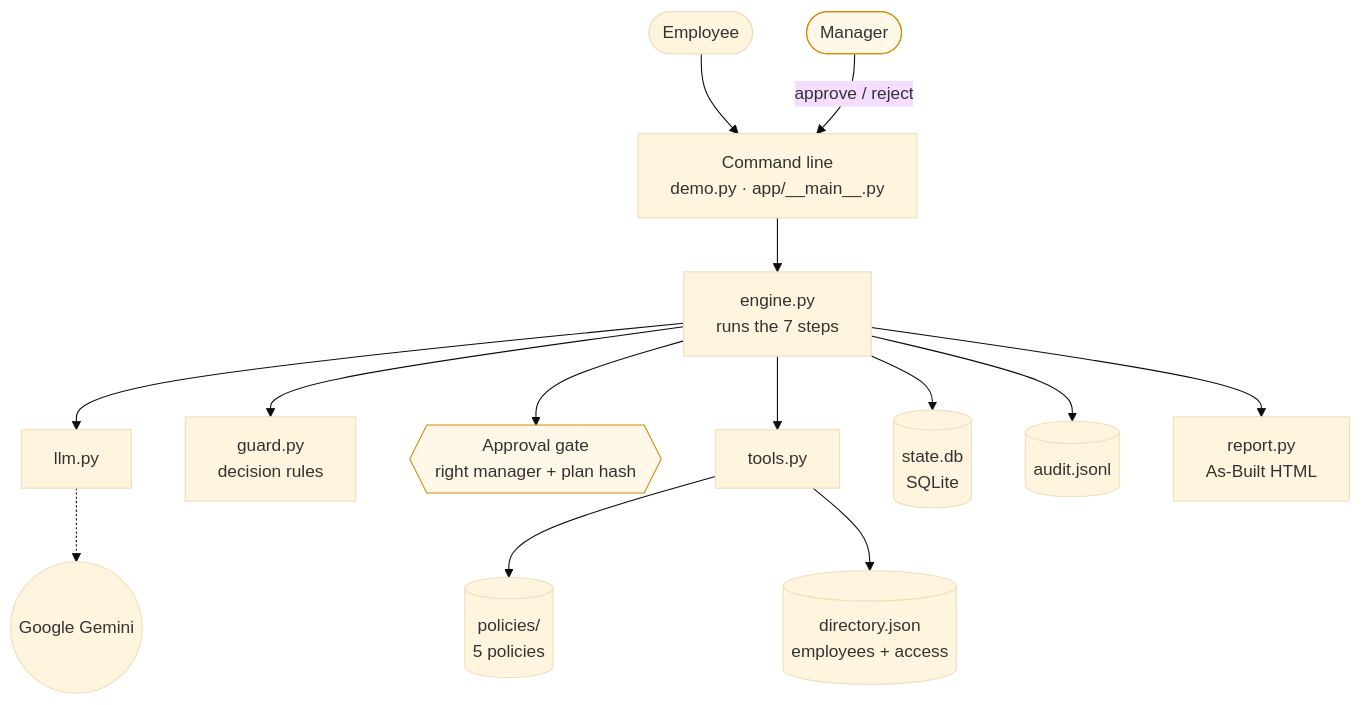
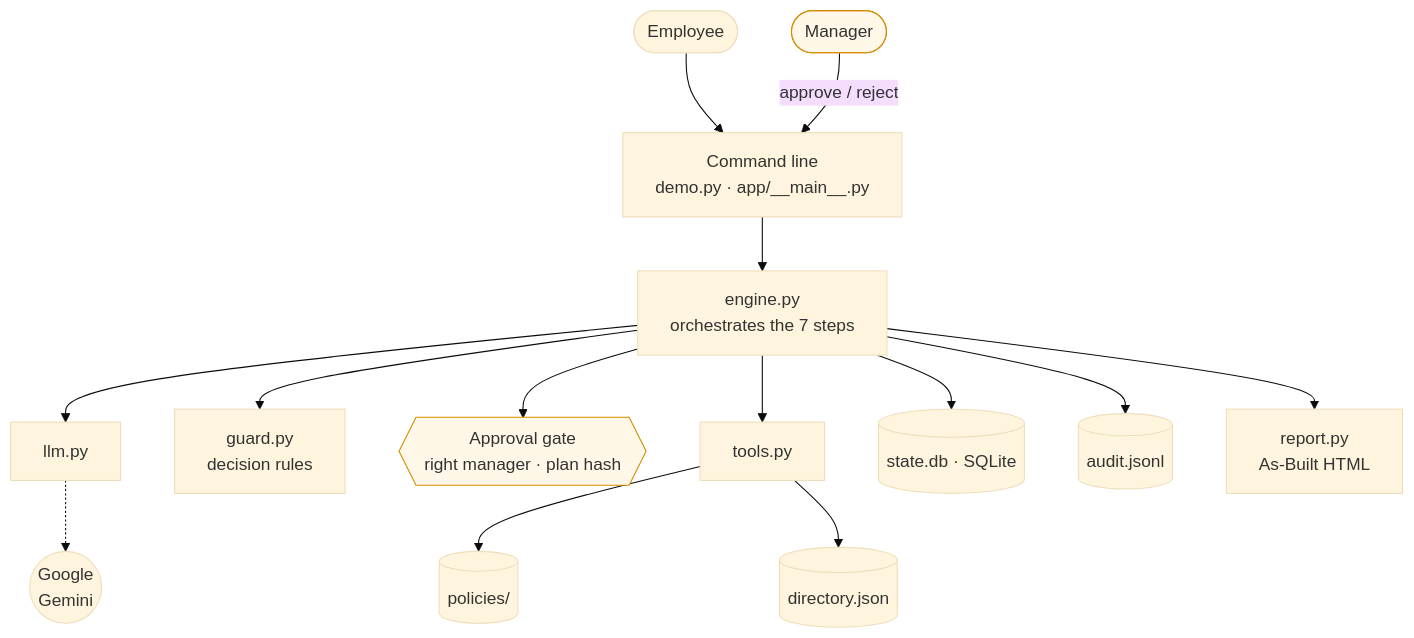
Before and after one commit to ofriimor/access-request-assistant: the second of 2 diagrams in README.md, drawn with Mermaid (base theme). The commit also changed other lines of this file, not shown here.

````diff
--- a/README.md
+++ b/README.md
@@ -215,19 +244,19 @@
 ```mermaid
 flowchart TB
     U([Employee]) --> CLI["Command line<br/>demo.py · app/__main__.py"]
     M([Manager]) -- approve / reject --> CLI
-    CLI --> ENG["engine.py<br/>runs the 7 steps"]
+    CLI --> ENG["engine.py<br/>orchestrates the 7 steps"]
 
-    ENG --> LLM["llm.py"] -.-> GEM(("Google Gemini"))
+    ENG --> LLM["llm.py"] -.-> GEM(("Google<br/>Gemini"))
     ENG --> GRD["guard.py<br/>decision rules"]
-    ENG --> GATE{{"Approval gate<br/>right manager + plan hash"}}
+    ENG --> GATE{{"Approval gate<br/>right manager · plan hash"}}
     ENG --> TLS["tools.py"]
-    TLS --> KB[("policies/<br/>5 policies")]
-    TLS --> DIR[("directory.json<br/>employees + access")]
-    ENG --> ST[("state.db<br/>SQLite")]
+    TLS --> KB[("policies/")]
+    TLS --> DIR[("directory.json")]
+    ENG --> ST[("state.db · SQLite")]
     ENG --> AUD[("audit.jsonl")]
     ENG --> REP["report.py<br/>As-Built HTML"]
 
     classDef human fill:#fff8e8,stroke:#d28a00
     class M,GATE human
 ```
````
